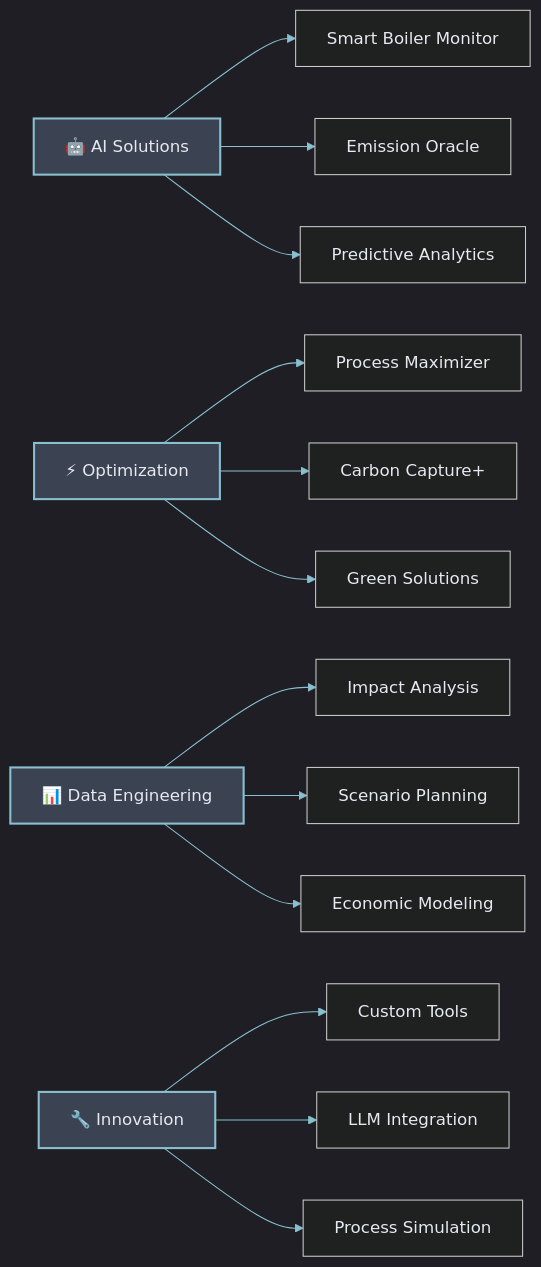
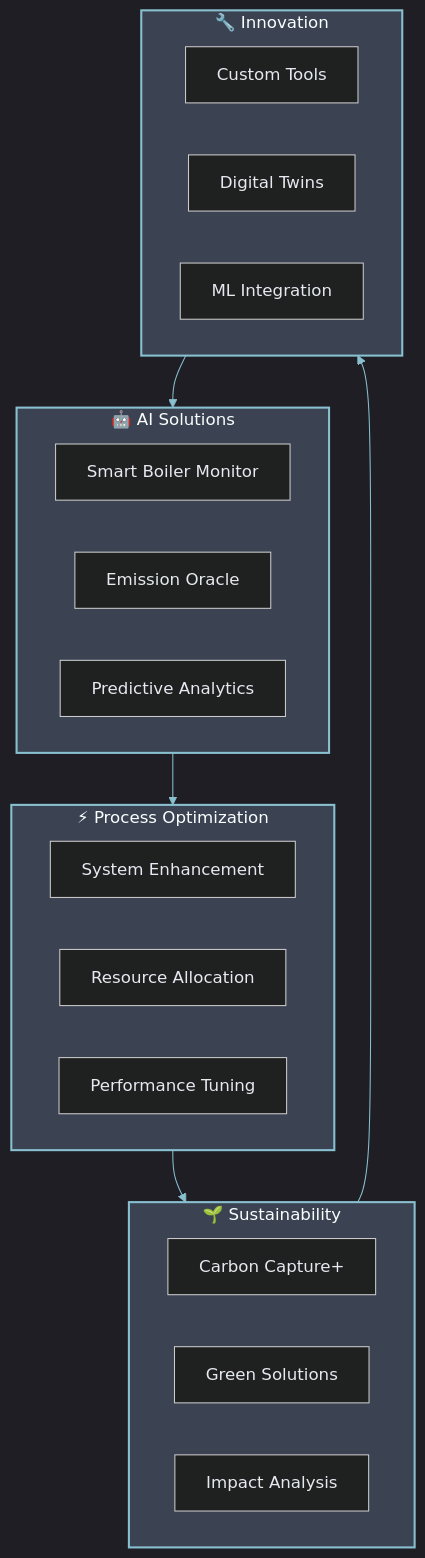
One commit to m-ahmed-elbeskeri/m-ahmed-elbeskeri changed the diagram in README.md. Above: the diagram before and after it, drawn with Mermaid. The commit also changed other lines of this file, not shown here.

````diff
--- a/README.md
+++ b/README.md
@@ -54,24 +94,48 @@
 ```mermaid
-%%{init: {'theme': 'dark', 'themeVariables': { 'primaryColor': '#2E3440', 'primaryTextColor': '#88C0D0', 'primaryBorderColor': '#4C566A', 'lineColor': '#88C0D0', 'textColor': '#E5E9F0', 'fontSize': '16px'}}}%%
-graph LR
-    A[🤖 AI Solutions] --> A1[Smart Boiler Monitor]
-    A --> A2[Emission Oracle]
-    A --> A3[Predictive Analytics]
+%%{init: {
+  'theme': 'dark',
+  'themeVariables': {
+    'primaryColor': '#2E3440',
+    'primaryTextColor': '#88C0D0',
+    'primaryBorderColor': '#4C566A',
+    'lineColor': '#88C0D0',
+    'secondaryColor': '#3B4252',
+    'tertiaryColor': '#4C566A',
+    'textColor': '#E5E9F0'
+  }
+}}%%
+graph TB
+    subgraph AI_Solutions["🤖 AI Solutions"]
+        A1[Smart Boiler Monitor]
+        A2[Emission Oracle]
+        A3[Predictive Analytics]
+    end
     
-    B[⚡ Optimization] --> B1[Process Maximizer]
-    B --> B2[Carbon Capture+]
-    B --> B3[Green Solutions]
+    subgraph Process_Optimization["⚡ Process Optimization"]
+        B1[System Enhancement]
+        B2[Resource Allocation]
+        B3[Performance Tuning]
+    end
     
-    C[📊 Data Engineering] --> C1[Impact Analysis]
-    C --> C2[Scenario Planning]
-    C --> C3[Economic Modeling]
+    subgraph Sustainability["🌱 Sustainability"]
+        C1[Carbon Capture+]
+        C2[Green Solutions]
+        C3[Impact Analysis]
+    end
     
-    D[🔧 Innovation] --> D1[Custom Tools]
-    D --> D2[LLM Integration]
-    D --> D3[Process Simulation]
+    subgraph Innovation["🔧 Innovation"]
+        D1[Custom Tools]
+        D2[Digital Twins]
+        D3[ML Integration]
+    end
 
-    style A fill:#3B4252,stroke:#88C0D0,stroke-width:2px
-    style B fill:#3B4252,stroke:#88C0D0,stroke-width:2px
-    style C fill:#3B4252,stroke:#88C0D0,stroke-width:2px
-    style D fill:#3B4252,stroke:#88C0D0,stroke-width:2px
+    AI_Solutions --> Process_Optimization
+    Process_Optimization --> Sustainability
+    Sustainability --> Innovation
+    Innovation --> AI_Solutions
+
+    style AI_Solutions fill:#3B4252,stroke:#88C0D0,stroke-width:2px
+    style Process_Optimization fill:#3B4252,stroke:#88C0D0,stroke-width:2px
+    style Sustainability fill:#3B4252,stroke:#88C0D0,stroke-width:2px
+    style Innovation fill:#3B4252,stroke:#88C0D0,stroke-width:2px
 ```
````
